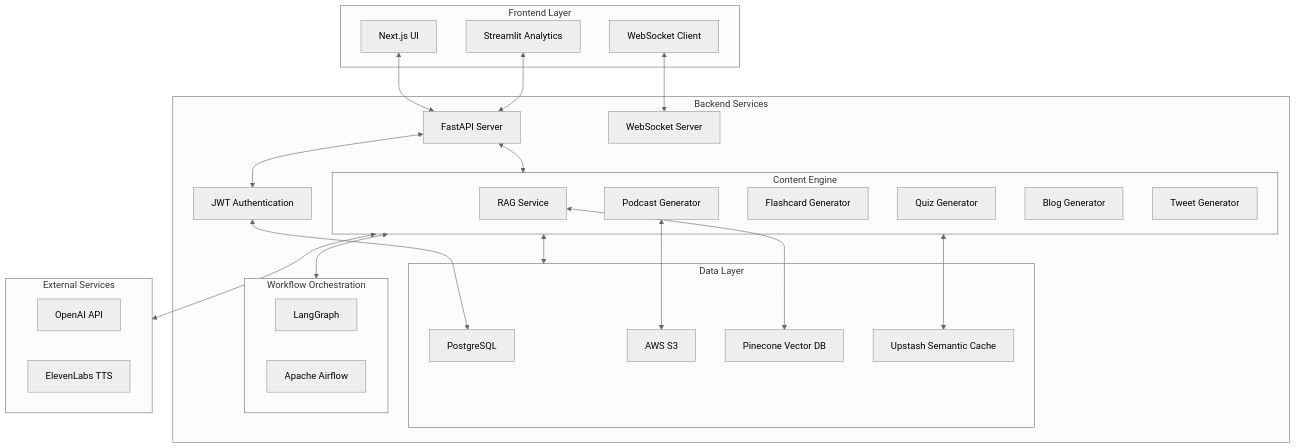
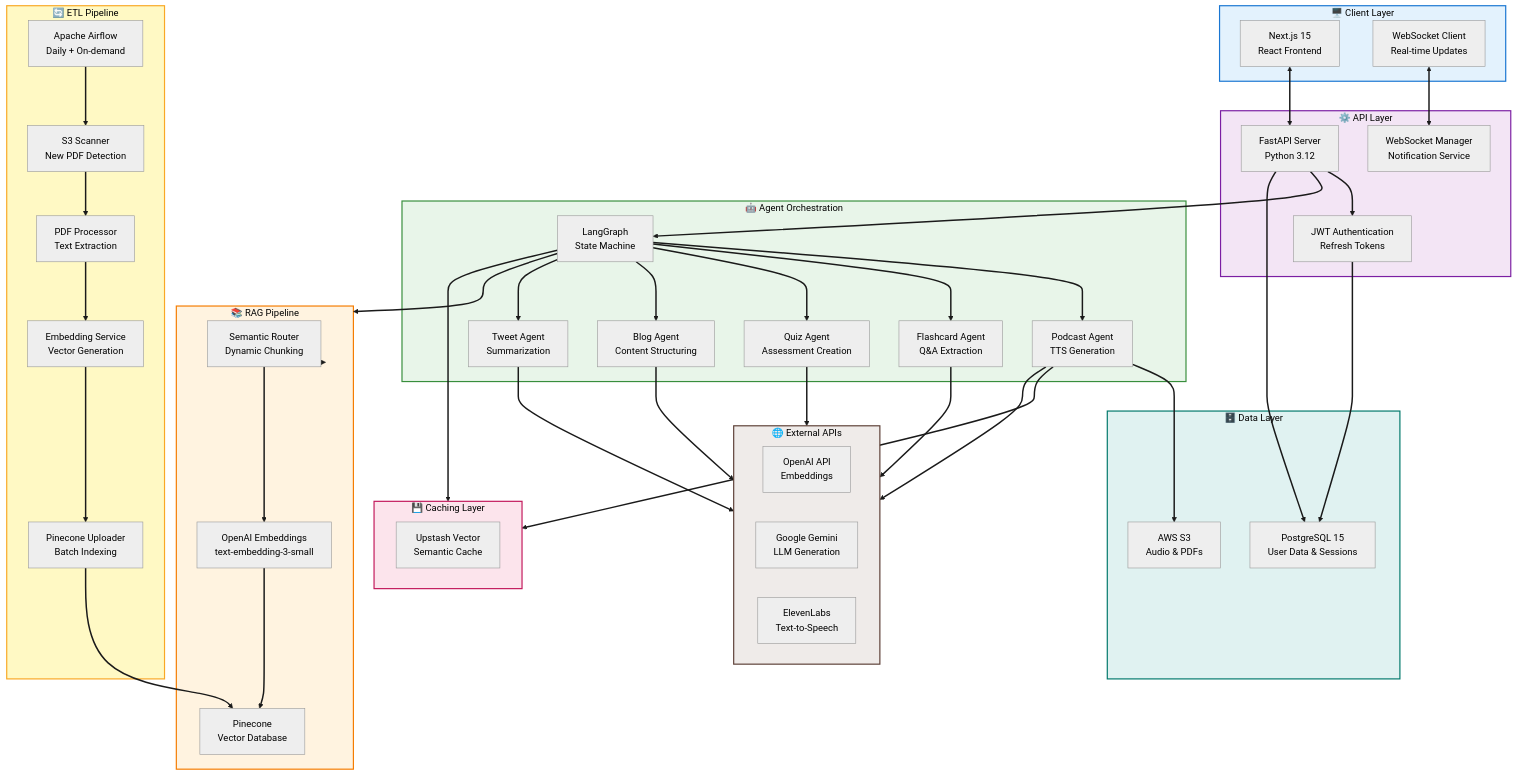
One commit to uk1601/LearnLab changed the first of 3 diagrams in README.md. Above: the diagram before and after it, drawn with Mermaid (neutral theme). The commit also changed other lines of this file, not shown here.

````diff
--- a/README.md
+++ b/README.md
@@ -205,54 +85,98 @@
 ```mermaid
-flowchart TD
-    subgraph frontend["Frontend Layer"]
-        NextJS["Next.js UI"]
-        StreamlitUi["Streamlit Analytics"]
-        WebsocketClient["WebSocket Client"]
+flowchart TB
+    subgraph Client["🖥️ Client Layer"]
+        NextJS["Next.js 15<br/>React Frontend"]
+        WebSocketClient["WebSocket Client<br/>Real-time Updates"]
     end
-
-    subgraph backend["Backend Services"]
-        FastAPI["FastAPI Server"]
-        WebsocketServer["WebSocket Server"]
-        AuthService["JWT Authentication"]
-        
-        subgraph contentEngine["Content Engine"]
-            RAGService["RAG Service"]
-            PodcastAgent["Podcast Generator"]
-            FlashcardAgent["Flashcard Generator"]
-            QuizAgent["Quiz Generator"]
-            BlogAgent["Blog Generator"]
-            TweetAgent["Tweet Generator"]
-        end
-        
-        subgraph storage["Data Layer"]
-            PostgreSQL["PostgreSQL"]
-            S3["AWS S3"]
-            PineconeDB["Pinecone Vector DB"]
-            UpstashCache["Upstash Semantic Cache"]
-        end
-        
-        subgraph orchestration["Workflow Orchestration"]
-            LangGraph["LangGraph"]
-            Airflow["Apache Airflow"]
-        end
+    
+    subgraph API["⚙️ API Layer"]
+        FastAPI["FastAPI Server<br/>Python 3.12"]
+        Auth["JWT Authentication<br/>Refresh Tokens"]
+        WebSocketServer["WebSocket Manager<br/>Notification Service"]
     end
-
-    subgraph externalServices["External Services"]
-        OpenAI["OpenAI API"]
-        ElevenLabs["ElevenLabs TTS"]
+    
+    subgraph Agent["🤖 Agent Orchestration"]
+        LangGraph["LangGraph<br/>State Machine"]
+        PodcastAgent["Podcast Agent<br/>TTS Generation"]
+        FlashcardAgent["Flashcard Agent<br/>Q&A Extraction"]
+        QuizAgent["Quiz Agent<br/>Assessment Creation"]
+        BlogAgent["Blog Agent<br/>Content Structuring"]
+        TweetAgent["Tweet Agent<br/>Summarization"]
     end
-
-    %% Connections
+    
+    subgraph RAG["📚 RAG Pipeline"]
+        SemanticRouter["Semantic Router<br/>Dynamic Chunking"]
+        OpenAIEmbed["OpenAI Embeddings<br/>text-embedding-3-small"]
+        Pinecone["Pinecone<br/>Vector Database"]
+    end
+    
+    subgraph Cache["💾 Caching Layer"]
+        Upstash["Upstash Vector<br/>Semantic Cache"]
+    end
+    
+    subgraph Storage["🗄️ Data Layer"]
+        PostgreSQL["PostgreSQL 15<br/>User Data & Sessions"]
+        S3["AWS S3<br/>Audio & PDFs"]
+    end
+    
+    subgraph ETL["🔄 ETL Pipeline"]
+        Airflow["Apache Airflow<br/>Daily + On-demand"]
+        S3Watch["S3 Scanner<br/>New PDF Detection"]
+        PDFProcessor["PDF Processor<br/>Text Extraction"]
+        Embedder["Embedding Service<br/>Vector Generation"]
+        Uploader["Pinecone Uploader<br/>Batch Indexing"]
+    end
+    
+    subgraph External["🌐 External APIs"]
+        OpenAI["OpenAI API<br/>Embeddings"]
+        Gemini["Google Gemini<br/>LLM Generation"]
+        ElevenLabs["ElevenLabs<br/>Text-to-Speech"]
+    end
+    
     NextJS <--> FastAPI
-    StreamlitUi <--> FastAPI
-    WebsocketClient <--> WebsocketServer
-    FastAPI <--> AuthService
-    FastAPI <--> contentEngine
-    contentEngine <--> orchestration
-    contentEngine <--> storage
-    contentEngine <--> externalServices
-    RAGService <--> PineconeDB
-    PodcastAgent <--> S3
-    contentEngine <--> UpstashCache
-    AuthService <--> PostgreSQL
+    WebSocketClient <--> WebSocketServer
+    FastAPI --> Auth
+    FastAPI --> LangGraph
+    
+    LangGraph --> PodcastAgent
+    LangGraph --> FlashcardAgent
+    LangGraph --> QuizAgent
+    LangGraph --> BlogAgent
+    LangGraph --> TweetAgent
+    
+    LangGraph --> RAG
+    LangGraph --> Cache
+    
+    RAG --> SemanticRouter
+    SemanticRouter --> OpenAIEmbed
+    OpenAIEmbed --> Pinecone
+    
+    PodcastAgent --> Cache
+    PodcastAgent --> S3
+    PodcastAgent --> External
+    
+    FlashcardAgent --> External
+    QuizAgent --> External
+    BlogAgent --> External
+    TweetAgent --> External
+    
+    Auth --> PostgreSQL
+    FastAPI --> PostgreSQL
+    
+    Airflow --> S3Watch
+    S3Watch --> PDFProcessor
+    PDFProcessor --> Embedder
+    Embedder --> Uploader
+    Uploader --> Pinecone
+    
+    linkStyle default stroke:#1a1a1a,stroke-width:2.5px
+    
+    style Client fill:#E3F2FD,stroke:#1976D2,stroke-width:2px,color:#000
+    style API fill:#F3E5F5,stroke:#7B1FA2,stroke-width:2px,color:#000
+    style Agent fill:#E8F5E9,stroke:#388E3C,stroke-width:2px,color:#000
+    style RAG fill:#FFF3E0,stroke:#F57C00,stroke-width:2px,color:#000
+    style Cache fill:#FCE4EC,stroke:#C2185B,stroke-width:2px,color:#000
+    style Storage fill:#E0F2F1,stroke:#00796B,stroke-width:2px,color:#000
+    style ETL fill:#FFF9C4,stroke:#F9A825,stroke-width:2px,color:#000
+    style External fill:#EFEBE9,stroke:#5D4037,stroke-width:2px,color:#000
 ```
````
